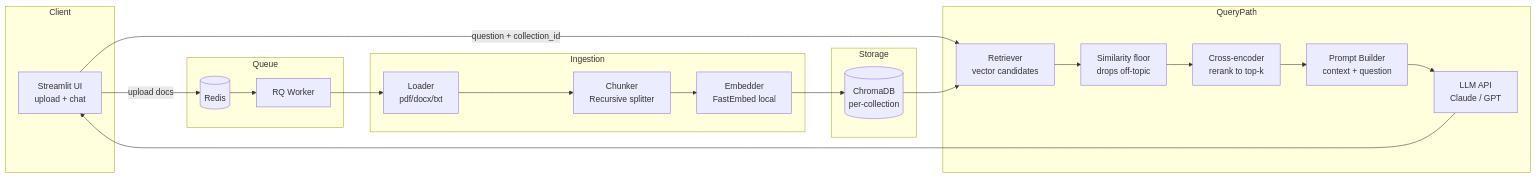
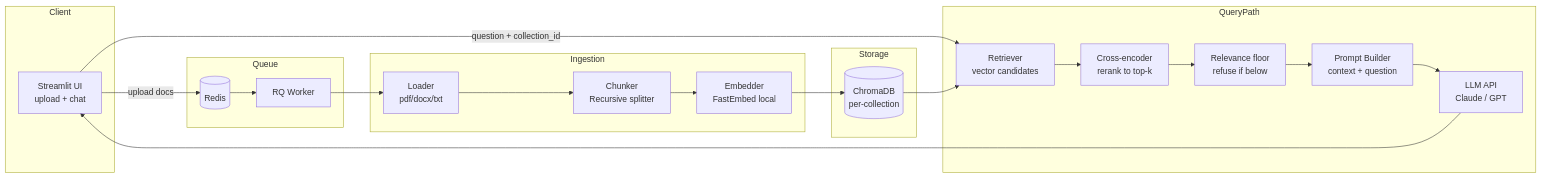
One commit to poshitha-12/rag-generator changed the diagram in README.md. Above: the diagram before and after it, drawn with Mermaid. The commit also changed other lines of this file and 8 other files, not shown here.

````diff
--- a/README.md
+++ b/README.md
@@ -16,29 +16,29 @@
 ```mermaid
 flowchart LR
     subgraph Client
         UI[Streamlit UI<br/>upload + chat]
     end
     subgraph Queue
         REDIS[(Redis)]
         WORKER[RQ Worker]
     end
     subgraph Ingestion
         LOAD[Loader<br/>pdf/docx/txt]
         CHUNK[Chunker<br/>Recursive splitter]
         EMB[Embedder<br/>FastEmbed local]
     end
     subgraph Storage
         VDB[(ChromaDB<br/>per-collection)]
     end
     subgraph QueryPath
         RET[Retriever<br/>vector candidates]
-        GATE[Similarity floor<br/>drops off-topic]
         RERANK[Cross-encoder<br/>rerank to top-k]
+        GATE[Relevance floor<br/>refuse if below]
         PROMPT[Prompt Builder<br/>context + question]
         LLM[LLM API<br/>Claude / GPT]
     end
     UI -- upload docs --> REDIS
     REDIS --> WORKER --> LOAD --> CHUNK --> EMB --> VDB
     UI -- question + collection_id --> RET
-    VDB --> RET --> GATE --> RERANK --> PROMPT --> LLM --> UI
+    VDB --> RET --> RERANK --> GATE --> PROMPT --> LLM --> UI
 ```
````
